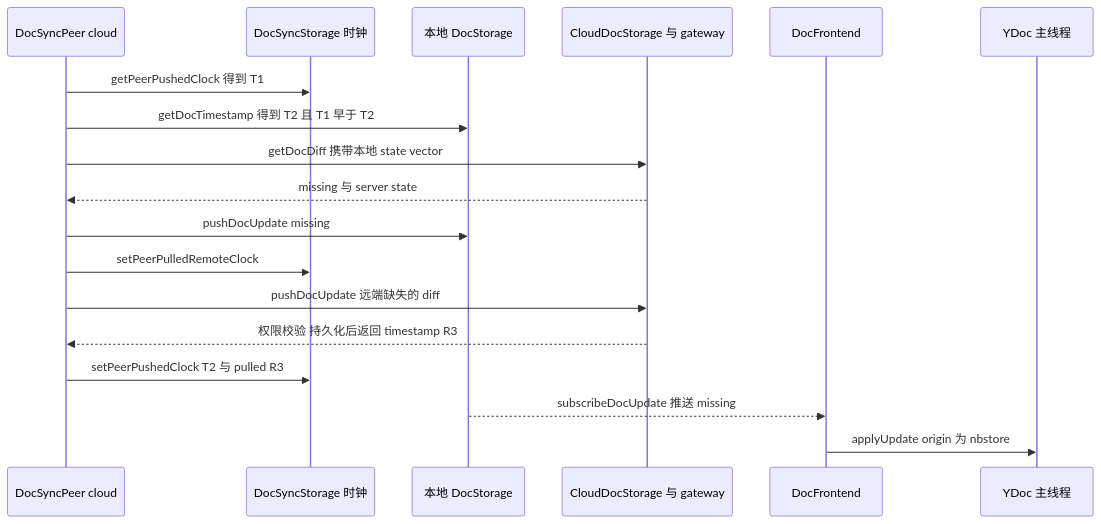
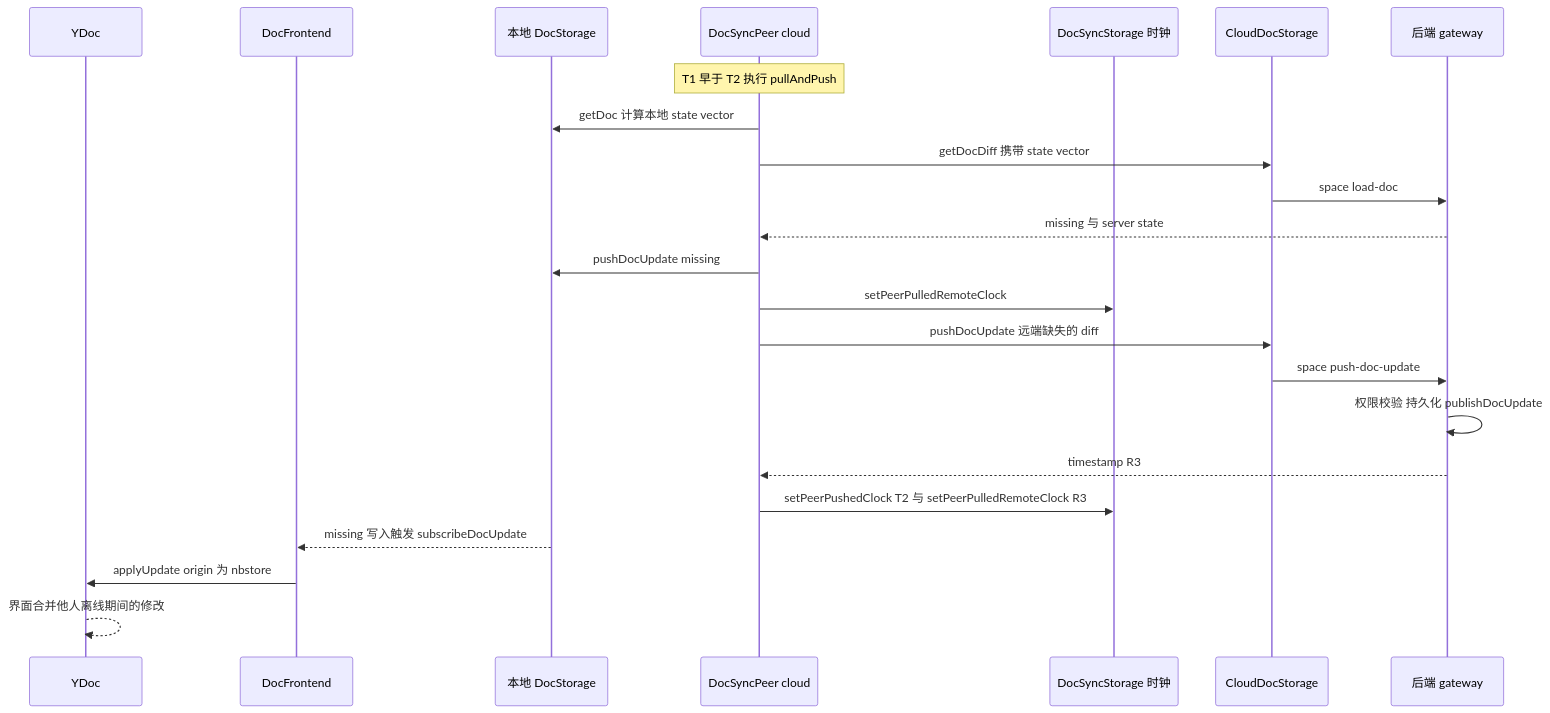
Before and after one commit to lfire/AFFiNE: the seventh of 7 diagrams in learning-guide/slides/decks/19.md, drawn with Mermaid. The commit also changed other lines of this file and 46 other files, not shown here.

````diff
--- a/learning-guide/slides/decks/19.md
+++ b/learning-guide/slides/decks/19.md
@@ -459,20 +499,25 @@
 ```mermaid
 sequenceDiagram
+  participant Y as YDoc
+  participant DF as DocFrontend
+  participant L as 本地 DocStorage
   participant P as DocSyncPeer cloud
   participant M as DocSyncStorage 时钟
-  participant L as 本地 DocStorage
-  participant CS as CloudDocStorage 与 gateway
-  participant DF as DocFrontend
-  participant Y as YDoc 主线程
-  P->>M: getPeerPushedClock 得到 T1
-  P->>L: getDocTimestamp 得到 T2 且 T1 早于 T2
-  P->>CS: getDocDiff 携带本地 state vector
-  CS-->>P: missing 与 server state
+  participant C as CloudDocStorage
+  participant S as 后端 gateway
+  Note over P: T1 早于 T2 执行 pullAndPush
+  P->>L: getDoc 计算本地 state vector
+  P->>C: getDocDiff 携带 state vector
+  C->>S: space load-doc
+  S-->>P: missing 与 server state
   P->>L: pushDocUpdate missing
   P->>M: setPeerPulledRemoteClock
-  P->>CS: pushDocUpdate 远端缺失的 diff
-  CS-->>P: 权限校验 持久化后返回 timestamp R3
-  P->>M: setPeerPushedClock T2 与 pulled R3
-  L-->>DF: subscribeDocUpdate 推送 missing
+  P->>C: pushDocUpdate 远端缺失的 diff
+  C->>S: space push-doc-update
+  S->>S: 权限校验 持久化 publishDocUpdate
+  S-->>P: timestamp R3
+  P->>M: setPeerPushedClock T2 与 setPeerPulledRemoteClock R3
+  L-->>DF: missing 写入触发 subscribeDocUpdate
   DF->>Y: applyUpdate origin 为 nbstore
+  Y-->>Y: 界面合并他人离线期间的修改
 ```
````
